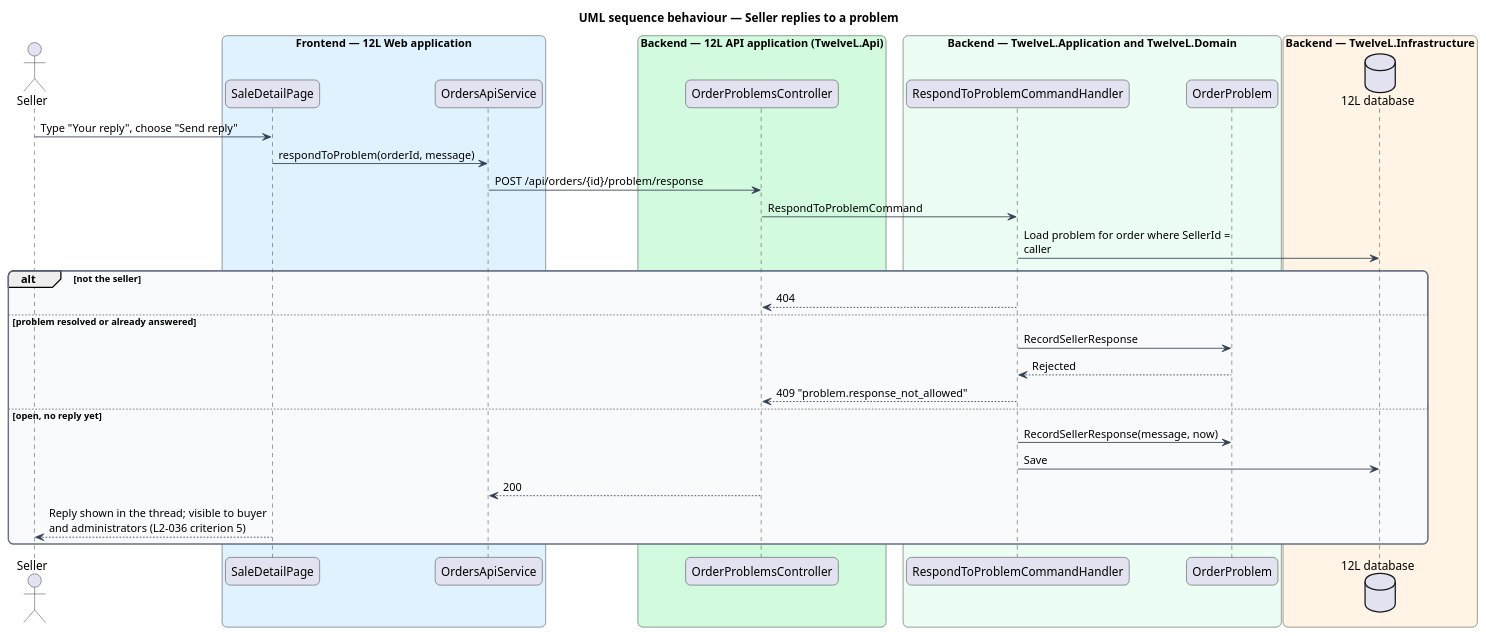
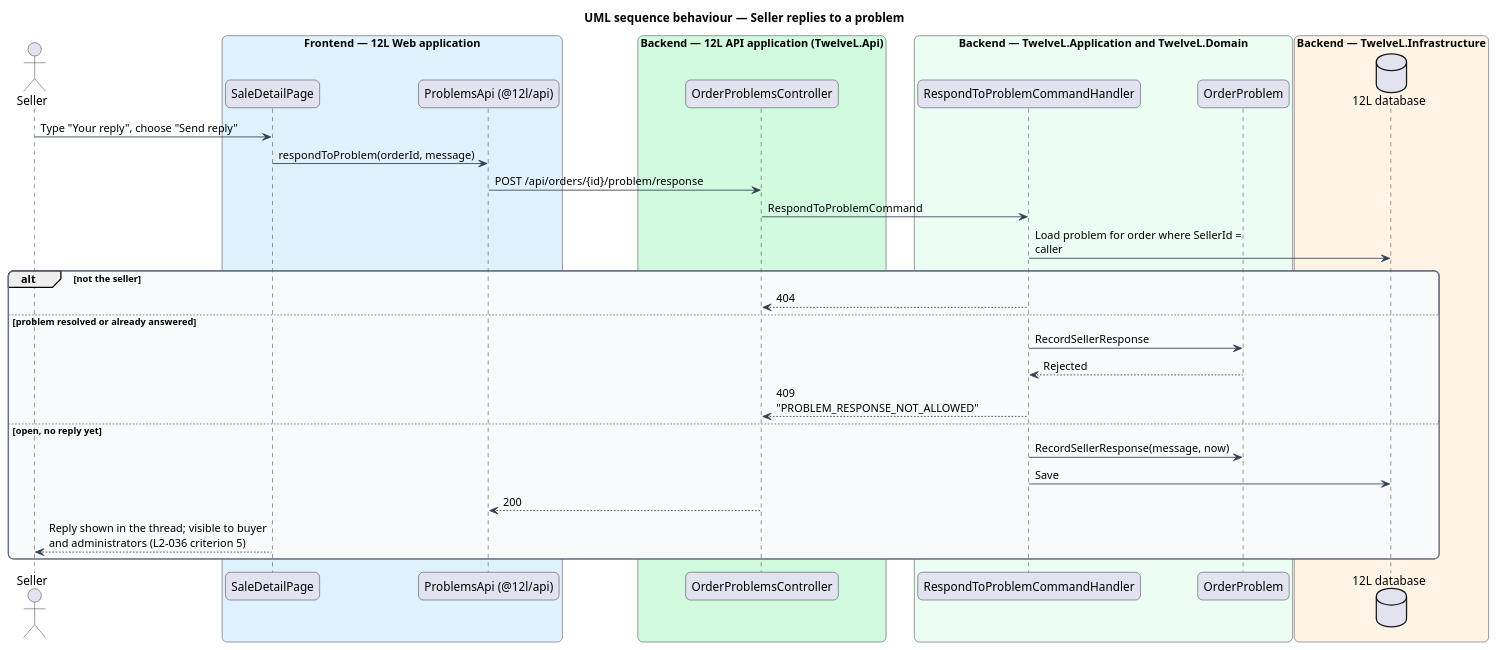
Before and after one commit to QuinntyneBrown/12l: the diagram in docs/detailed-designs/orders/resolve-order-problems/diagrams/sequence-seller-response.puml, drawn with PlantUML. The commit also changed 76 other files, not shown here.

Commit message:
Document resolve-order-problems: design, ADR orders/0007, L2-036, design system, composition, mocks, estimates

```diff
--- a/docs/detailed-designs/orders/resolve-order-problems/diagrams/sequence-seller-response.puml
+++ b/docs/detailed-designs/orders/resolve-order-problems/diagrams/sequence-seller-response.puml
@@ -1,51 +1,51 @@
 @startuml
 title UML sequence behaviour — Seller replies to a problem
 skinparam backgroundColor #FFFFFF
 skinparam shadowing false
 skinparam roundcorner 12
 skinparam defaultFontName Arial
 skinparam ArrowColor #344054
 skinparam rectangle {
   BorderColor #344054
   FontColor #101828
 }
 skinparam package {
   BorderColor #667085
   FontColor #101828
   BackgroundColor #F9FAFB
 }
 skinparam sequenceMessageAlign left
 skinparam maxMessageSize 260
 actor "Seller" as actor
 box "Frontend — 12L Web application" #E0F2FE
   participant "SaleDetailPage" as page
-  participant "OrdersApiService" as client
+  participant "ProblemsApi (@12l/api)" as client
 end box
 box "Backend — 12L API application (TwelveL.Api)" #D1FADF
   participant "OrderProblemsController" as ctrl
 end box
 box "Backend — TwelveL.Application and TwelveL.Domain" #ECFDF3
   participant "RespondToProblemCommandHandler" as h
   participant "OrderProblem" as prob
 end box
 box "Backend — TwelveL.Infrastructure" #FFF4E5
   database "12L database" as db
 end box
 actor -> page : Type "Your reply", choose "Send reply"
 page -> client : respondToProblem(orderId, message)
 client -> ctrl : POST /api/orders/{id}/problem/response
 ctrl -> h : RespondToProblemCommand
 h -> db : Load problem for order where SellerId = caller
 alt not the seller
   h --> ctrl : 404
 else problem resolved or already answered
   h -> prob : RecordSellerResponse
   prob --> h : Rejected
-  h --> ctrl : 409 "problem.response_not_allowed"
+  h --> ctrl : 409 "PROBLEM_RESPONSE_NOT_ALLOWED"
 else open, no reply yet
   h -> prob : RecordSellerResponse(message, now)
   h -> db : Save
   ctrl --> client : 200
   page --> actor : Reply shown in the thread; visible to buyer and administrators (L2-036 criterion 5)
 end
 @enduml
```
